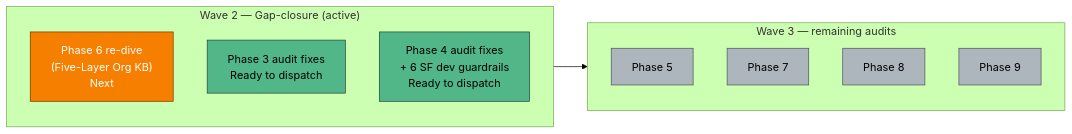
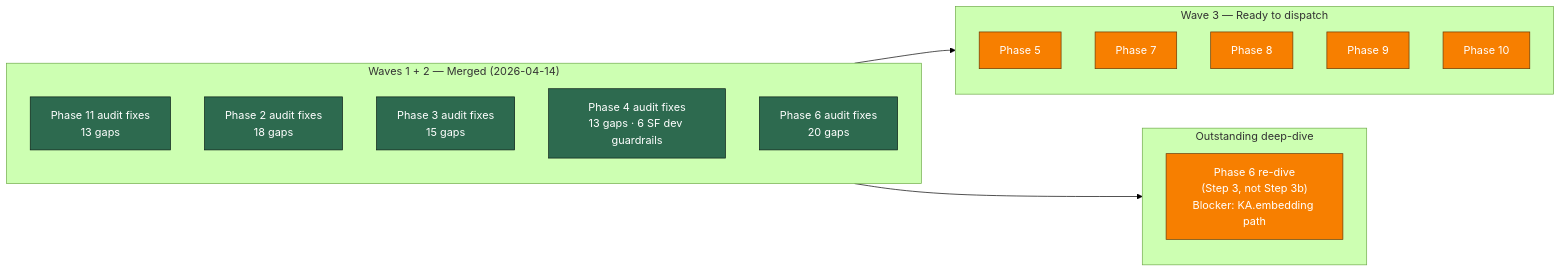
The fourth of 4 diagrams in docs/bef/PROJECT_STATE_VISUAL.md (Mar5929/Salesforce-Consulting-SDLC-App), drawn with Mermaid (forest theme) before and after one commit. The commit also changed other lines of this file, not shown here.

Commit message:
docs: sync pipeline + visual to Wave 2 merged / Wave 3 active

````diff
--- a/docs/bef/PROJECT_STATE_VISUAL.md
+++ b/docs/bef/PROJECT_STATE_VISUAL.md
@@ -105,21 +106,28 @@
 ```mermaid
 flowchart LR
-    subgraph Wave2["Wave 2 — Gap-closure (active)"]
+    subgraph Done["Waves 1 + 2 — Merged (2026-04-14)"]
         direction TB
-        W2A["Phase 6 re-dive<br/>(Five-Layer Org KB)<br/>Next"]:::next
-        W2B["Phase 3 audit fixes<br/>Ready to dispatch"]:::ready
-        W2C["Phase 4 audit fixes<br/>+ 6 SF dev guardrails<br/>Ready to dispatch"]:::ready
+        W1A["Phase 11 audit fixes<br/>13 gaps"]:::done
+        W1B["Phase 2 audit fixes<br/>18 gaps"]:::done
+        W2A["Phase 3 audit fixes<br/>15 gaps"]:::done
+        W2B["Phase 4 audit fixes<br/>13 gaps · 6 SF dev guardrails"]:::done
+        W2C["Phase 6 audit fixes<br/>20 gaps"]:::done
     end
-    subgraph Wave3["Wave 3 — remaining audits"]
+    subgraph Wave3["Wave 3 — Ready to dispatch"]
         direction TB
-        W3A["Phase 5"]:::pending
-        W3B["Phase 7"]:::pending
-        W3C["Phase 8"]:::pending
-        W3D["Phase 9"]:::pending
+        W3A["Phase 5"]:::next
+        W3B["Phase 7"]:::next
+        W3C["Phase 8"]:::next
+        W3D["Phase 9"]:::next
+        W3E["Phase 10"]:::next
     end
-    Wave2 --> Wave3
+    subgraph Deepdive["Outstanding deep-dive"]
+        direction TB
+        D1["Phase 6 re-dive<br/>(Step 3, not Step 3b)<br/>Blocker: KA.embedding path"]:::next
+    end
+    Done --> Wave3
+    Done --> Deepdive
 
+    classDef done fill:#2d6a4f,stroke:#081c15,color:#fff
     classDef next fill:#f77f00,stroke:#6a3500,color:#fff
-    classDef ready fill:#52b788,stroke:#1b4332,color:#000
-    classDef pending fill:#adb5bd,stroke:#495057,color:#000
 ```
````
